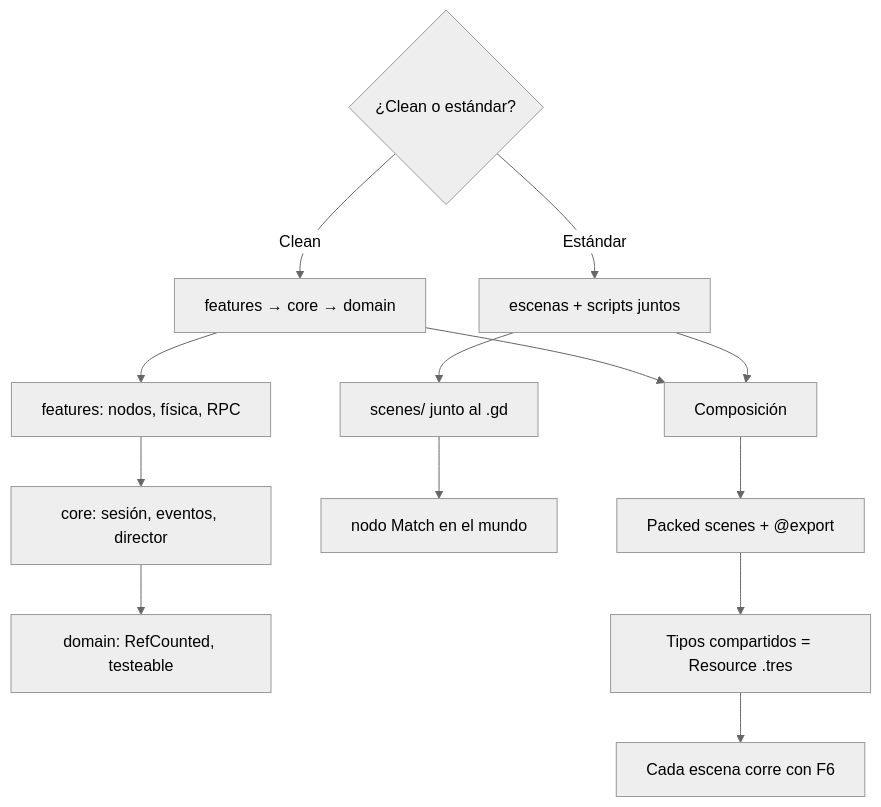
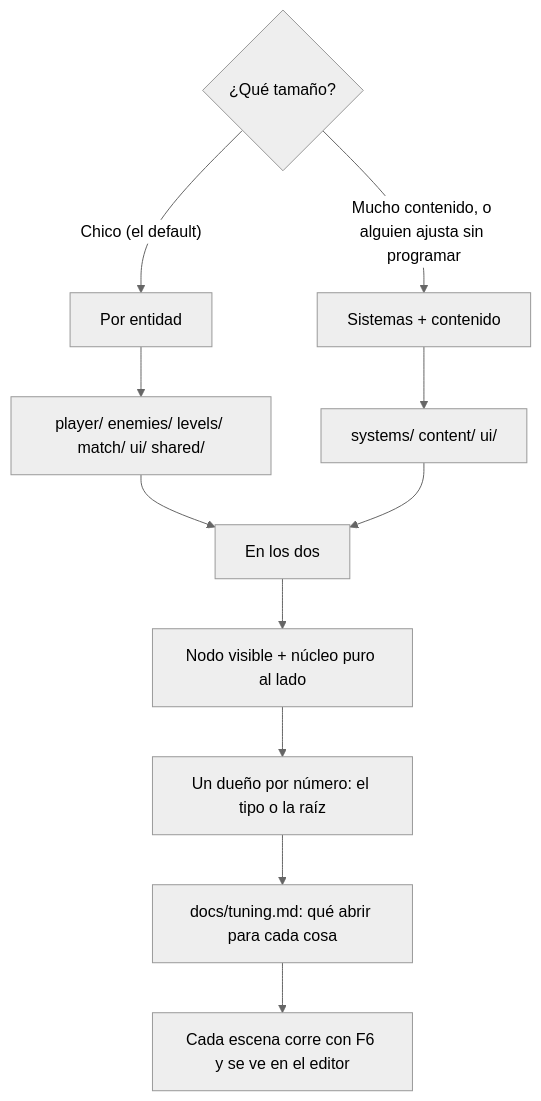
One commit to Joelnicolass/godot-studio-skills changed the second of 4 diagrams in docs/architecture.md. Above: the diagram before and after it, drawn with Mermaid (neutral theme). The commit also changed other lines of this file and 317 other files, not shown here.

````diff
--- a/docs/architecture.md
+++ b/docs/architecture.md
@@ -74,21 +74,18 @@
 ```mermaid
 flowchart TB
-  ask{¿Clean o estándar?}
+  ask{¿Qué tamaño?}
 
-  ask -->|Clean| clean[features → core → domain]
-  ask -->|Estándar| std[escenas + scripts juntos]
+  ask -->|"Chico (el default)"| ent[Por entidad]
+  ask -->|"Mucho contenido, o alguien ajusta sin programar"| sys["Sistemas + contenido"]
 
-  clean --> feat[features: nodos, física, RPC]
-  feat --> core[core: sesión, eventos, director]
-  core --> domain[domain: RefCounted, testeable]
+  ent --> entf["player/ enemies/ levels/ match/ ui/ shared/"]
+  sys --> sysf["systems/ content/ ui/"]
 
-  std --> scenes[scenes/ junto al .gd]
-  scenes --> match[nodo Match en el mundo]
+  entf --> common[En los dos]
+  sysf --> common
 
-  clean --> shared[Composición]
-  std --> shared
-
-  shared --> packed[Packed scenes + @export]
-  packed --> tres[Tipos compartidos = Resource .tres]
-  tres --> f6[Cada escena corre con F6]
+  common --> node["Nodo visible + núcleo puro al lado"]
+  node --> owner["Un dueño por número: el tipo o la raíz"]
+  owner --> tuning["docs/tuning.md: qué abrir para cada cosa"]
+  tuning --> f6[Cada escena corre con F6 y se ve en el editor]
 ```
````
